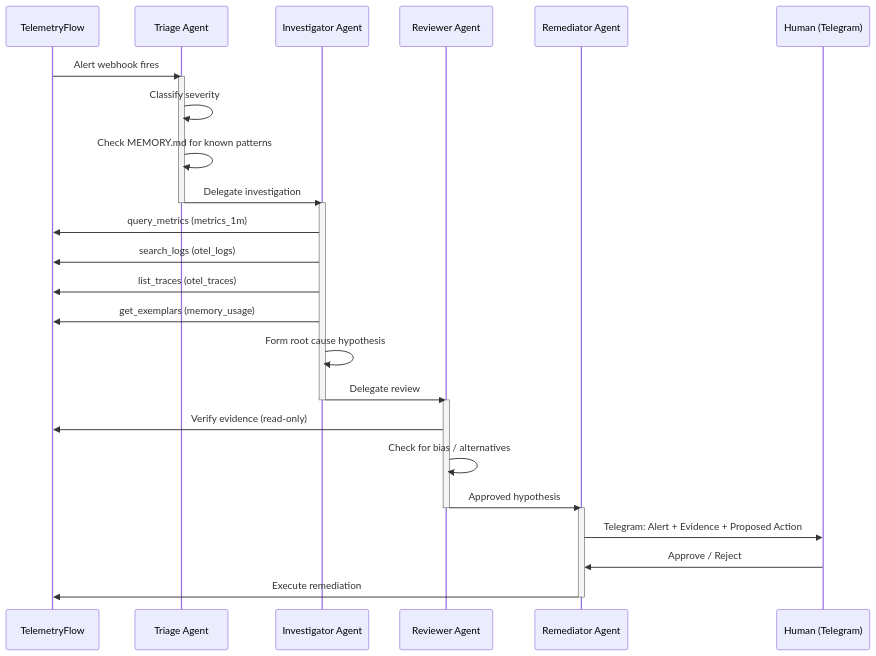
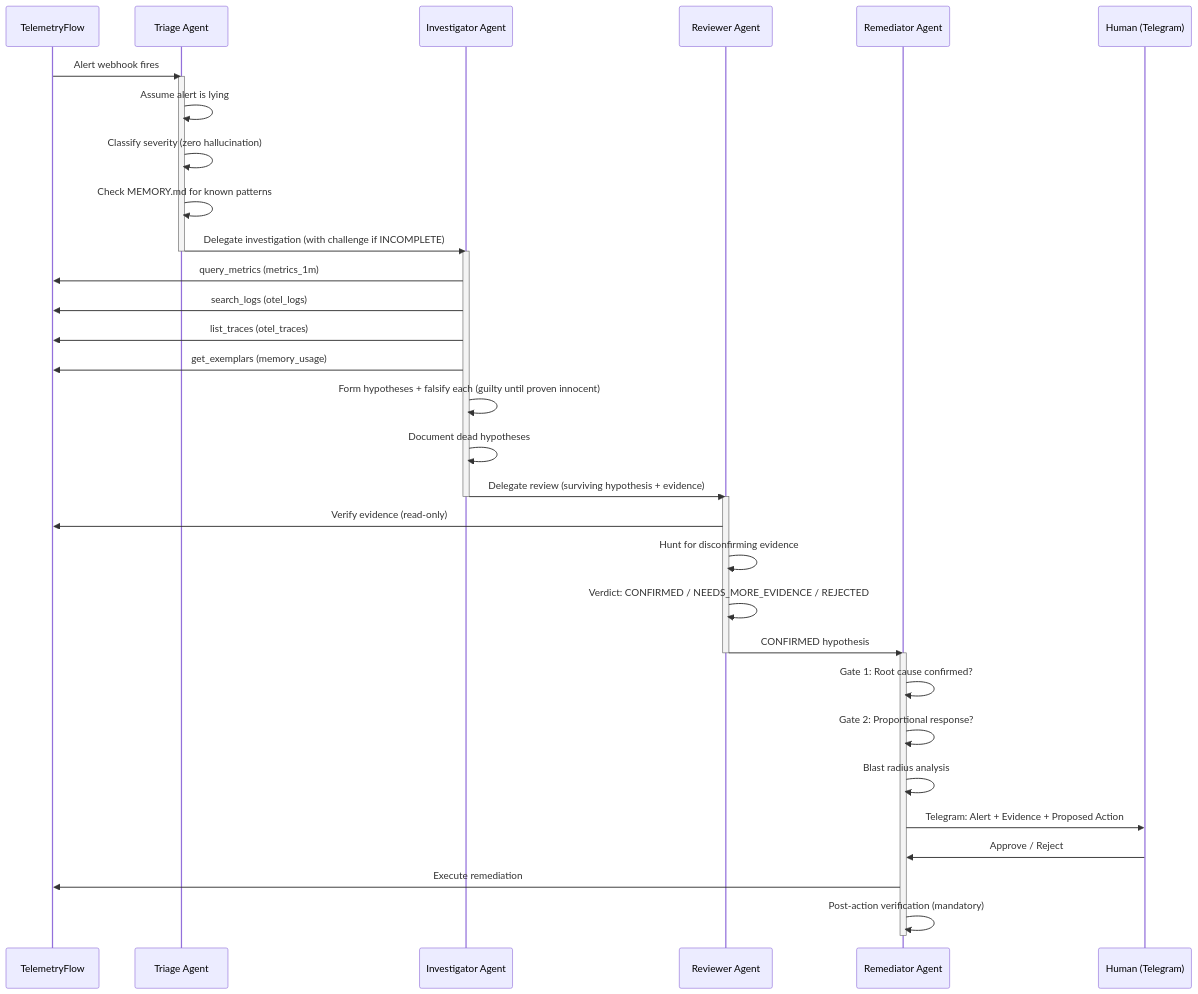
Before and after one commit to telemetryflow/telemetryflow-hermes: the second of 3 diagrams in docs/architecture.md, drawn with Mermaid. The commit also changed other lines of this file and 63 other files, not shown here.

````diff
--- a/docs/architecture.md
+++ b/docs/architecture.md
@@ -61,37 +61,44 @@
 ```mermaid
 sequenceDiagram
     participant TF as TelemetryFlow
     participant TR as Triage Agent
     participant INV as Investigator Agent
     participant REV as Reviewer Agent
     participant REM as Remediator Agent
     participant H as Human (Telegram)
 
     TF->>TR: Alert webhook fires
     activate TR
-    TR->>TR: Classify severity
+    TR->>TR: Assume alert is lying
+    TR->>TR: Classify severity (zero hallucination)
     TR->>TR: Check MEMORY.md for known patterns
-    TR->>INV: Delegate investigation
+    TR->>INV: Delegate investigation (with challenge if INCOMPLETE)
     deactivate TR
 
     activate INV
     INV->>TF: query_metrics (metrics_1m)
     INV->>TF: search_logs (otel_logs)
     INV->>TF: list_traces (otel_traces)
     INV->>TF: get_exemplars (memory_usage)
-    INV->>INV: Form root cause hypothesis
-    INV->>REV: Delegate review
+    INV->>INV: Form hypotheses + falsify each (guilty until proven innocent)
+    INV->>INV: Document dead hypotheses
+    INV->>REV: Delegate review (surviving hypothesis + evidence)
     deactivate INV
 
     activate REV
     REV->>TF: Verify evidence (read-only)
-    REV->>REV: Check for bias / alternatives
-    REV->>REM: Approved hypothesis
+    REV->>REV: Hunt for disconfirming evidence
+    REV->>REV: Verdict: CONFIRMED / NEEDS_MORE_EVIDENCE / REJECTED
+    REV->>REM: CONFIRMED hypothesis
     deactivate REV
 
     activate REM
+    REM->>REM: Gate 1: Root cause confirmed?
+    REM->>REM: Gate 2: Proportional response?
+    REM->>REM: Blast radius analysis
     REM->>H: Telegram: Alert + Evidence + Proposed Action
     H->>REM: Approve / Reject
     REM->>TF: Execute remediation
+    REM->>REM: Post-action verification (mandatory)
     deactivate REM
 ```
````
